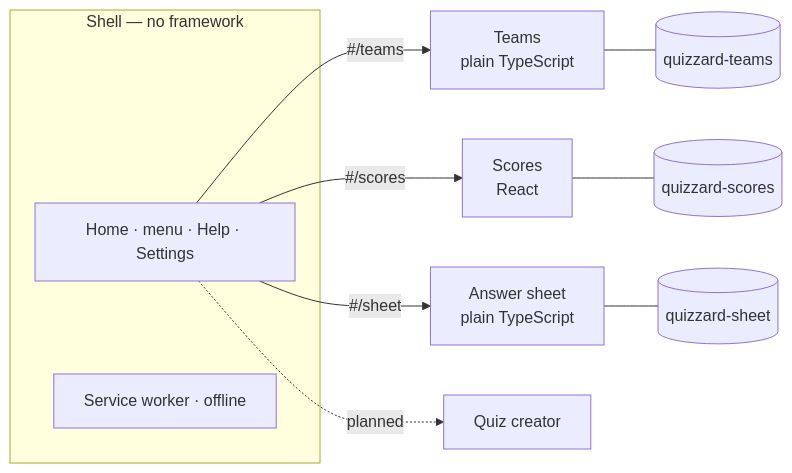
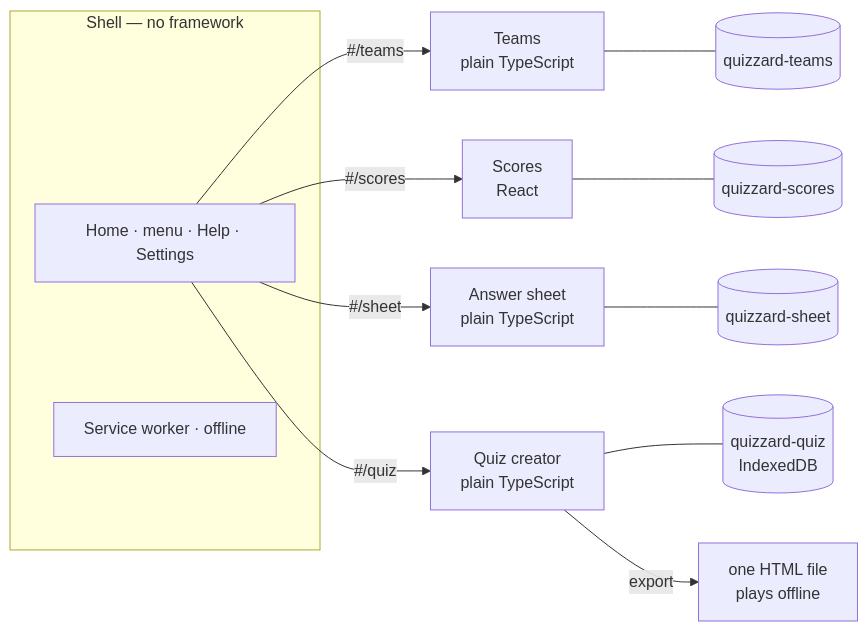
The diagram in README.md (SimeonTsvetanov/Quizzard), drawn with Mermaid before and after one commit. The commit also changed other lines of this file and 5 other files, not shown here.

First line of the commit message:
docs: the Quiz creator is built — README, AGENTS, description, Help, FAQ, settings and install pages

````diff
--- a/README.md
+++ b/README.md
@@ -127,14 +134,16 @@
 ```mermaid
 flowchart LR
   subgraph Shell["Shell — no framework"]
     Home["Home · menu · Help · Settings"]
     SW["Service worker · offline"]
   end
   Home -->|"#/teams"| Teams["Teams<br/>plain TypeScript"]
   Home -->|"#/scores"| Scores["Scores<br/>React"]
   Home -->|"#/sheet"| Sheet["Answer sheet<br/>plain TypeScript"]
-  Home -.->|planned| Quiz["Quiz creator"]
+  Home -->|"#/quiz"| Quiz["Quiz creator<br/>plain TypeScript"]
   Teams --- T[("quizzard-teams")]
   Scores --- S[("quizzard-scores")]
   Sheet --- A[("quizzard-sheet")]
+  Quiz --- Q[("quizzard-quiz<br/>IndexedDB")]
+  Quiz -->|export| File["one HTML file<br/>plays offline"]
 ```
````
